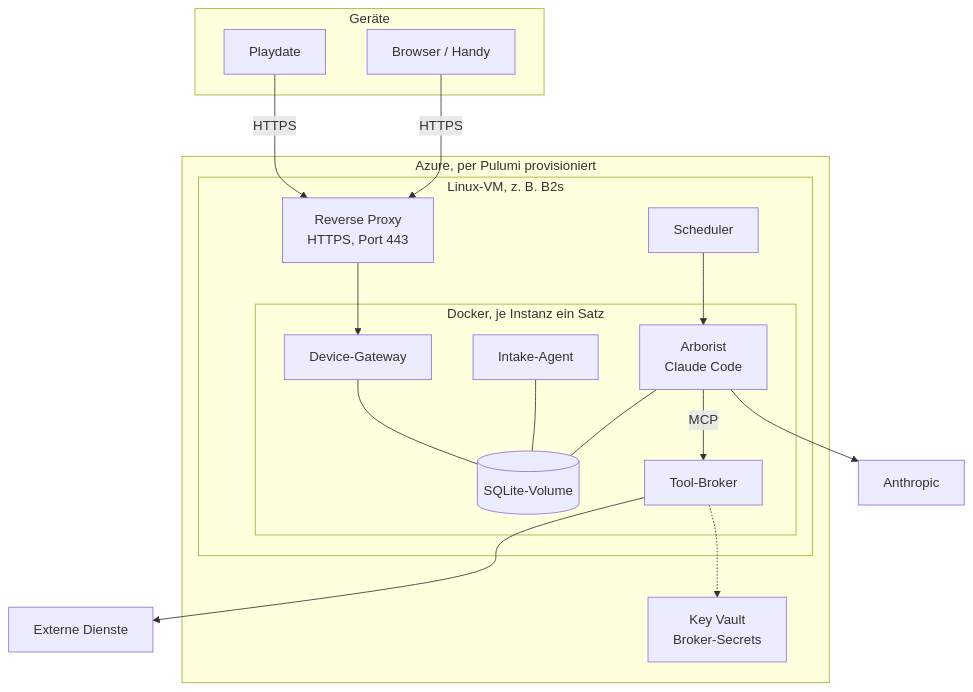
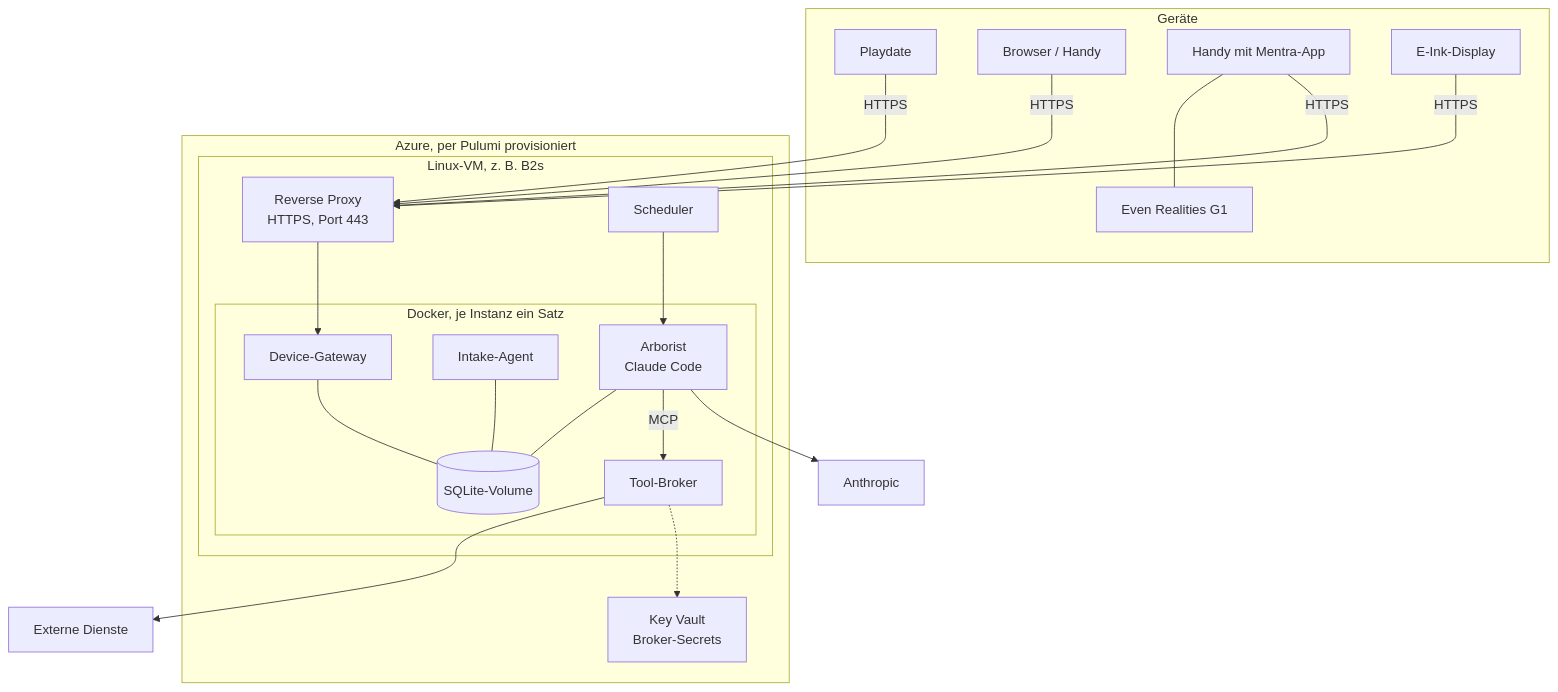
One commit to merlinbecker/playdate-claude-client changed diagram 11 of 11 in docs/arc42.md. Above: the diagram before and after it, drawn with Mermaid. The commit also changed other lines of this file and 2 other files, not shown here.

````diff
--- a/docs/arc42.md
+++ b/docs/arc42.md
@@ -269,34 +338,36 @@
 ```mermaid
 flowchart TB
     subgraph Geräte
         PD[Playdate]
         WEB[Browser / Handy]
+        PH[Handy mit Mentra-App] --- G1[Even Realities G1]
+        EI[E-Ink-Display]
     end
 
     subgraph Azure[Azure, per Pulumi provisioniert]
         subgraph VM[Linux-VM, z. B. B2s]
             RP[Reverse Proxy<br/>HTTPS, Port 443]
             subgraph Docker[Docker, je Instanz ein Satz]
                 GW[Device-Gateway]
                 IN[Intake-Agent]
                 AR[Arborist<br/>Claude Code]
                 BR[Tool-Broker]
                 DB[(SQLite-Volume)]
             end
             SCH[Scheduler]
         end
         KV[Key Vault<br/>Broker-Secrets]
     end
 
     ANT[Anthropic]
     EXT[Externe Dienste]
 
-    PD & WEB -->|HTTPS| RP --> GW
+    PD & WEB & PH & EI -->|HTTPS| RP --> GW
     GW --- DB
     IN --- DB
     AR --- DB
     AR -->|MCP| BR --> EXT
     BR -.-> KV
     AR --> ANT
     SCH --> AR
 ```
````
